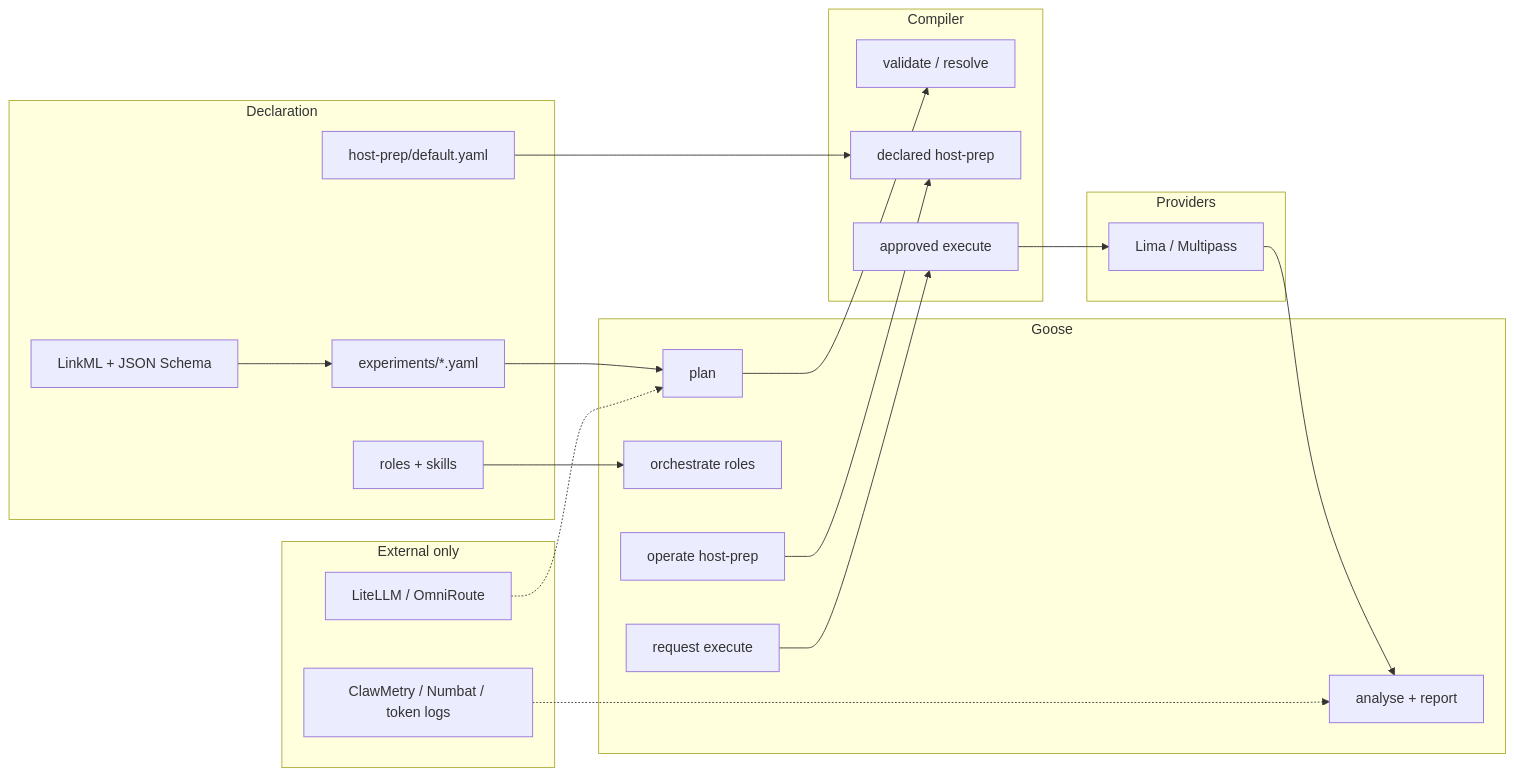
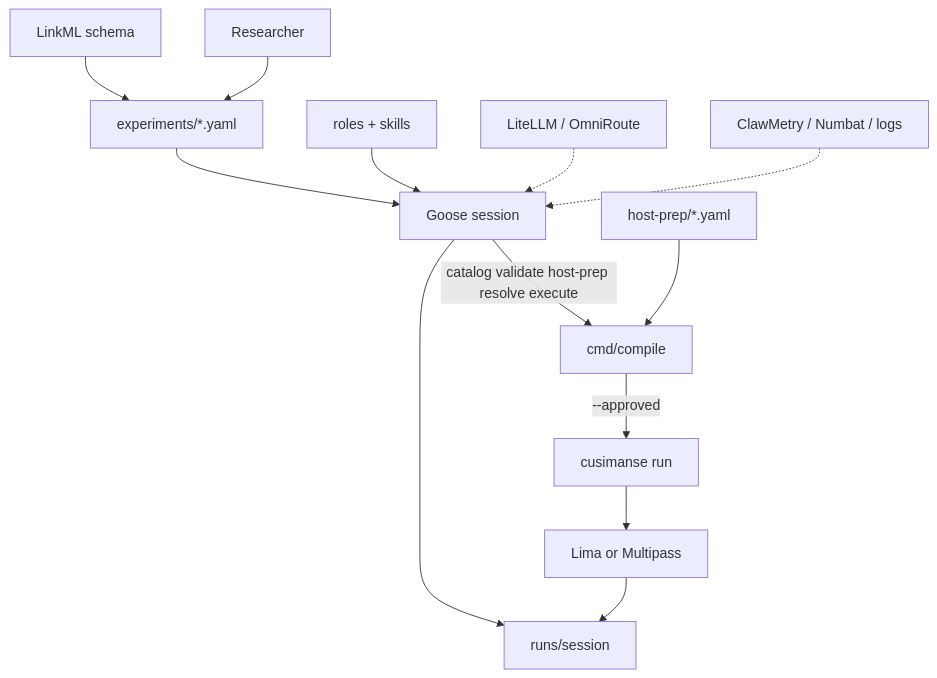
One commit to Opposum0112/Cusimanse changed the diagram in README.md. Above: the diagram before and after it, drawn with Mermaid. The commit also changed other lines of this file and 8 other files, not shown here.

Commit message:
refactor(agentic-native): catalog compiler, Goose-first tests, README TOC, slim CI

````diff
--- a/README.md
+++ b/README.md
@@ -11,39 +37,15 @@
 ```mermaid
-flowchart LR
-  subgraph declare [Declaration]
-    S[LinkML + JSON Schema]
-    E[experiments/*.yaml]
-    H[host-prep/default.yaml]
-    R[roles + skills]
-  end
-  subgraph goose [Goose]
-    P[plan]
-    O[orchestrate roles]
-    I[operate host-prep]
-    X[request execute]
-    A[analyse + report]
-  end
-  subgraph compile [Compiler]
-    V[validate / resolve]
-    HP[declared host-prep]
-    EX[approved execute]
-  end
-  subgraph metal [Providers]
-    L[Lima / Multipass]
-  end
-  subgraph ext [External only]
-    G[LiteLLM / OmniRoute]
-    M[ClawMetry / Numbat / token logs]
-  end
-  S --> E
-  E --> P
-  R --> O
-  P --> V
-  I --> HP
-  H --> HP
-  X --> EX
-  EX --> L
-  L --> A
-  G -.-> P
-  M -.-> A
+flowchart TB
+  R[Researcher] --> Y[experiments/*.yaml]
+  S[LinkML schema] --> Y
+  Y --> G[Goose session]
+  SK[roles + skills] --> G
+  G -->|catalog validate host-prep resolve execute| C[cmd/compile]
+  HP[host-prep/*.yaml] --> C
+  C -->|--approved| E[cusimanse run]
+  E --> VM[Lima or Multipass]
+  VM --> RUNS[runs/session]
+  G --> RUNS
+  GW[LiteLLM / OmniRoute] -.-> G
+  OBS[ClawMetry / Numbat / logs] -.-> G
 ```
````
